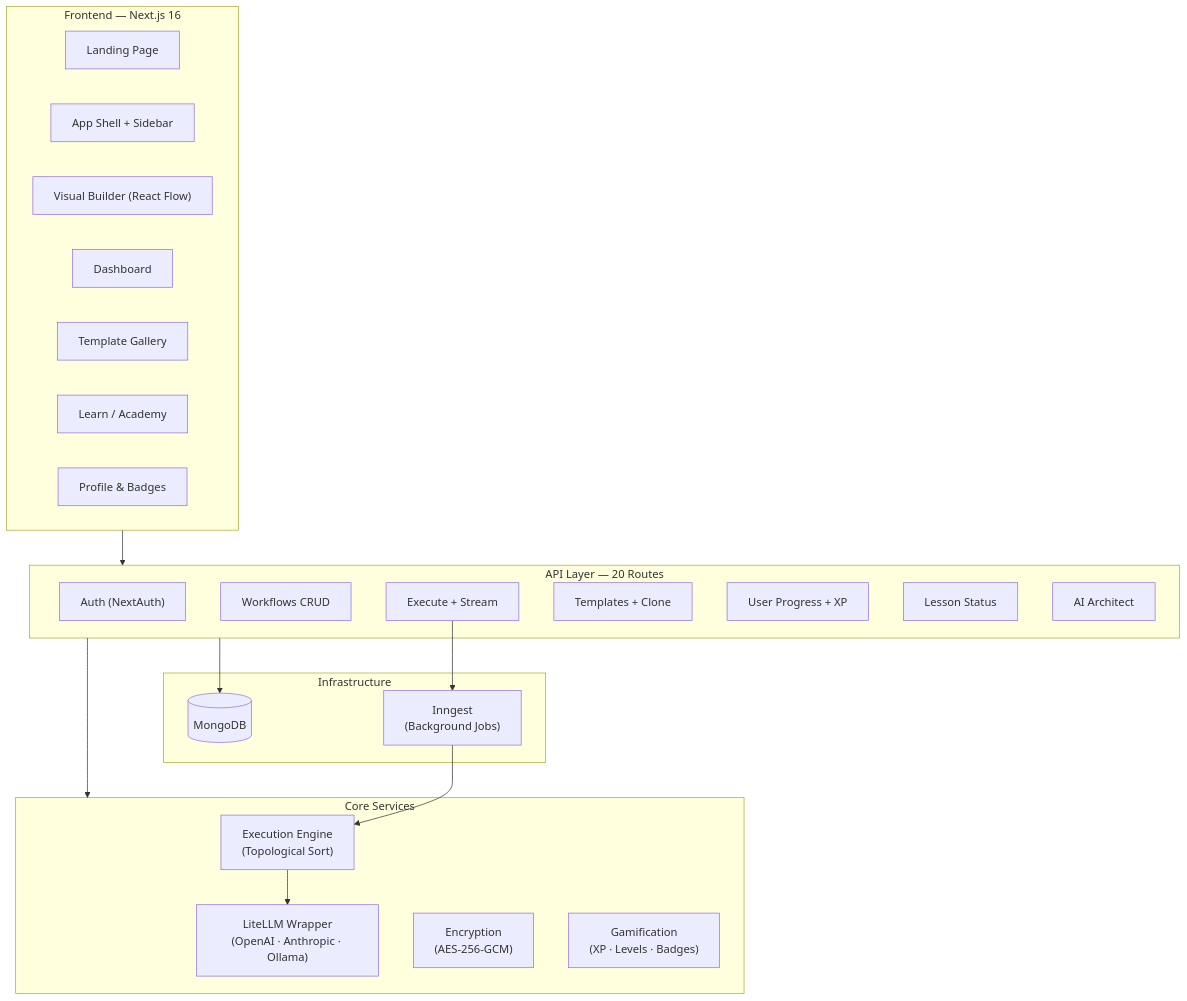
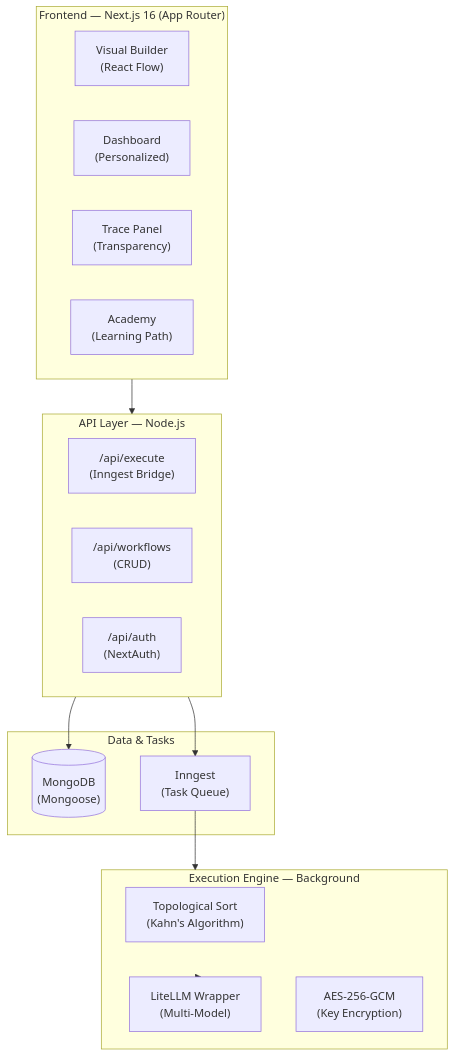
Before and after one commit to chetanya1998/BuildRAX.ai: the diagram in README.md, drawn with Mermaid. The commit also changed other lines of this file, not shown here.

Commit message:
docs: reorganize README with persona-led structure and detailed node guide

````diff
--- a/README.md
+++ b/README.md
@@ -104,41 +142,32 @@
 ```mermaid
 graph TB
-    subgraph Frontend["Frontend — Next.js 16"]
-        Landing["Landing Page"]
-        App["App Shell + Sidebar"]
-        Builder["Visual Builder (React Flow)"]
-        Dash["Dashboard"]
-        Templates["Template Gallery"]
-        Academy["Learn / Academy"]
-        Profile["Profile & Badges"]
+    subgraph UI["Frontend — Next.js 16 (App Router)"]
+        Builder["Visual Builder<br/>(React Flow)"]
+        Dash["Dashboard<br/>(Personalized)"]
+        Trace["Trace Panel<br/>(Transparency)"]
+        Academy["Academy<br/>(Learning Path)"]
     end
 
-    subgraph API["API Layer — 20 Routes"]
-        AuthAPI["Auth (NextAuth)"]
-        WorkflowAPI["Workflows CRUD"]
-        ExecAPI["Execute + Stream"]
-        TemplateAPI["Templates + Clone"]
-        UserAPI["User Progress + XP"]
-        LearnAPI["Lesson Status"]
-        ArchitectAPI["AI Architect"]
+    subgraph API["API Layer — Node.js"]
+        Execute["/api/execute<br/>(Inngest Bridge)"]
+        Workflow["/api/workflows<br/>(CRUD)"]
+        Auth["/api/auth<br/>(NextAuth)"]
     end
 
-    subgraph Core["Core Services"]
-        Engine["Execution Engine<br/>(Topological Sort)"]
-        LLM["LiteLLM Wrapper<br/>(OpenAI · Anthropic · Ollama)"]
-        Encrypt["Encryption<br/>(AES-256-GCM)"]
-        Gamify["Gamification<br/>(XP · Levels · Badges)"]
+    subgraph Core["Execution Engine — Background"]
+        TS["Topological Sort<br/>(Kahn's Algorithm)"]
+        LLMW["LiteLLM Wrapper<br/>(Multi-Model)"]
+        ENC["AES-256-GCM<br/>(Key Encryption)"]
     end
 
-    subgraph Infra["Infrastructure"]
-        DB[("MongoDB")]
-        Inngest["Inngest<br/>(Background Jobs)"]
+    subgraph Storage["Data & Tasks"]
+        MDB[("MongoDB<br/>(Mongoose)")]
+        INN["Inngest<br/>(Task Queue)"]
     end
 
-    Frontend --> API
-    API --> Core
-    ExecAPI --> Inngest
-    Inngest --> Engine
-    Engine --> LLM
-    API --> DB
+    UI --> API
+    API --> INN
+    INN --> Core
+    Core --> LLMW
+    API --> MDB
 ```
````
